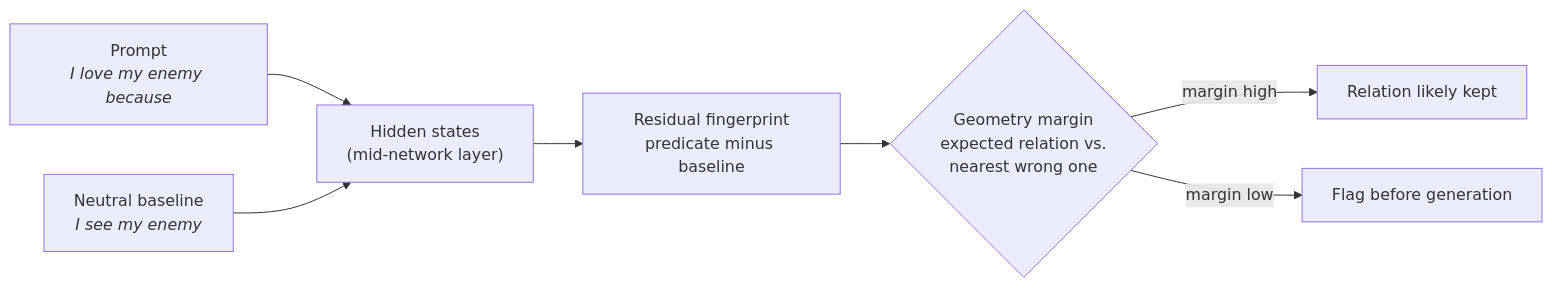
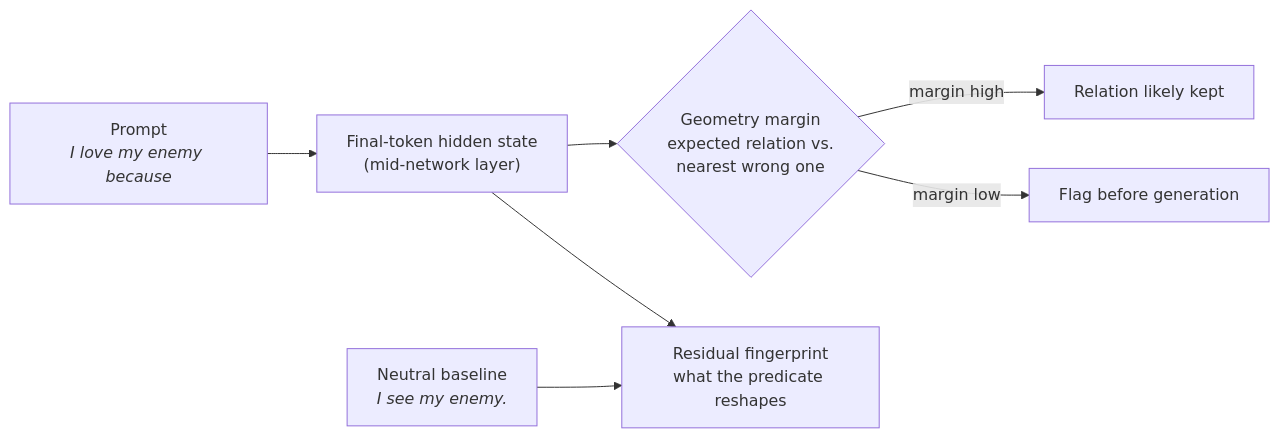
Before and after one commit to singleton2787/words-are-not-containers: the diagram in README.md, drawn with Mermaid. The commit also changed other lines of this file and 5 other files, not shown here.

Commit message:
Add formal methods; correct fingerprint p-value floor and residual baseline description

````diff
--- a/README.md
+++ b/README.md
@@ -26,9 +26,9 @@
 ```mermaid
 flowchart LR
-    A["Prompt<br/><i>I love my enemy because</i>"] --> B["Hidden states<br/>(mid-network layer)"]
-    N["Neutral baseline<br/><i>I see my enemy</i>"] --> B
-    B --> C["Residual fingerprint<br/>predicate minus baseline"]
-    C --> D{"Geometry margin<br/>expected relation vs.<br/>nearest wrong one"}
+    A["Prompt<br/><i>I love my enemy because</i>"] --> B["Final-token hidden state<br/>(mid-network layer)"]
+    B --> D{"Geometry margin<br/>expected relation vs.<br/>nearest wrong one"}
+    N["Neutral baseline<br/><i>I see my enemy.</i>"] --> C["Residual fingerprint<br/>what the predicate reshapes"]
+    B --> C
     D -->|"margin high"| E["Relation likely kept"]
     D -->|"margin low"| F["Flag before generation"]
 ```
````
